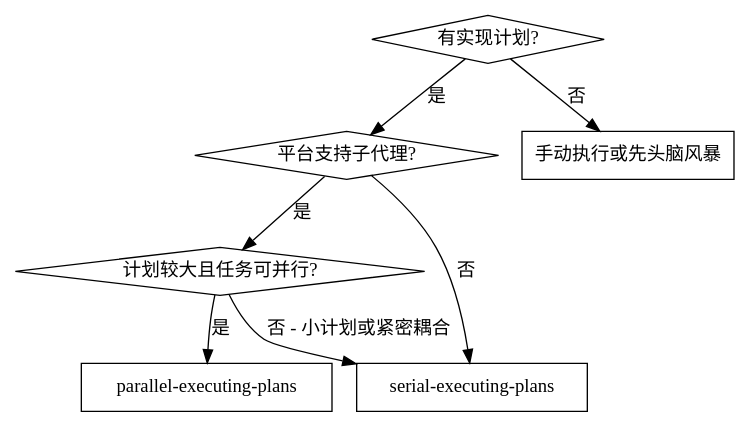
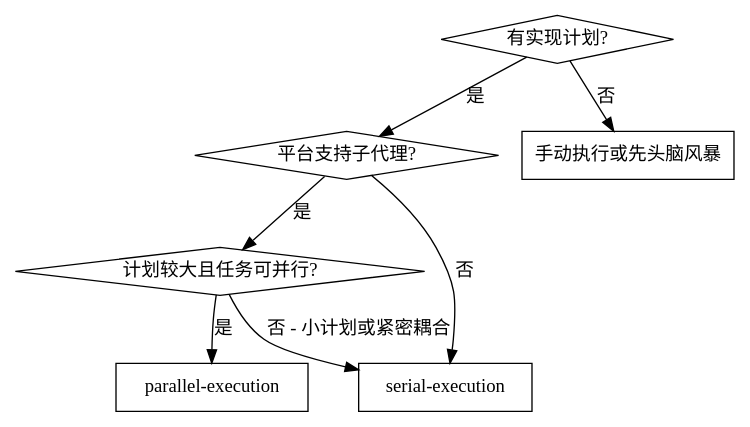
One commit to ShirlyTaylor73/superharness changed the first of 2 diagrams in plugins/superharness/skills/parallel-execution/SKILL.md. Above: the diagram before and after it, drawn with Graphviz. The commit also changed other lines of this file and 4 other files, not shown here.

````diff
--- a/plugins/superharness/skills/parallel-execution/SKILL.md
+++ b/plugins/superharness/skills/parallel-execution/SKILL.md
@@ -16,17 +16,17 @@
 ```dot
 digraph when_to_use {
     "有实现计划?" [shape=diamond];
     "平台支持子代理?" [shape=diamond];
     "计划较大且任务可并行?" [shape=diamond];
-    "parallel-executing-plans" [shape=box];
-    "serial-executing-plans" [shape=box];
+    "parallel-execution" [shape=box];
+    "serial-execution" [shape=box];
     "手动执行或先头脑风暴" [shape=box];
 
     "有实现计划?" -> "平台支持子代理?" [label="是"];
     "有实现计划?" -> "手动执行或先头脑风暴" [label="否"];
     "平台支持子代理?" -> "计划较大且任务可并行?" [label="是"];
-    "平台支持子代理?" -> "serial-executing-plans" [label="否"];
-    "计划较大且任务可并行?" -> "parallel-executing-plans" [label="是"];
-    "计划较大且任务可并行?" -> "serial-executing-plans" [label="否 - 小计划或紧密耦合"];
+    "平台支持子代理?" -> "serial-execution" [label="否"];
+    "计划较大且任务可并行?" -> "parallel-execution" [label="是"];
+    "计划较大且任务可并行?" -> "serial-execution" [label="否 - 小计划或紧密耦合"];
 }
 ```
````
